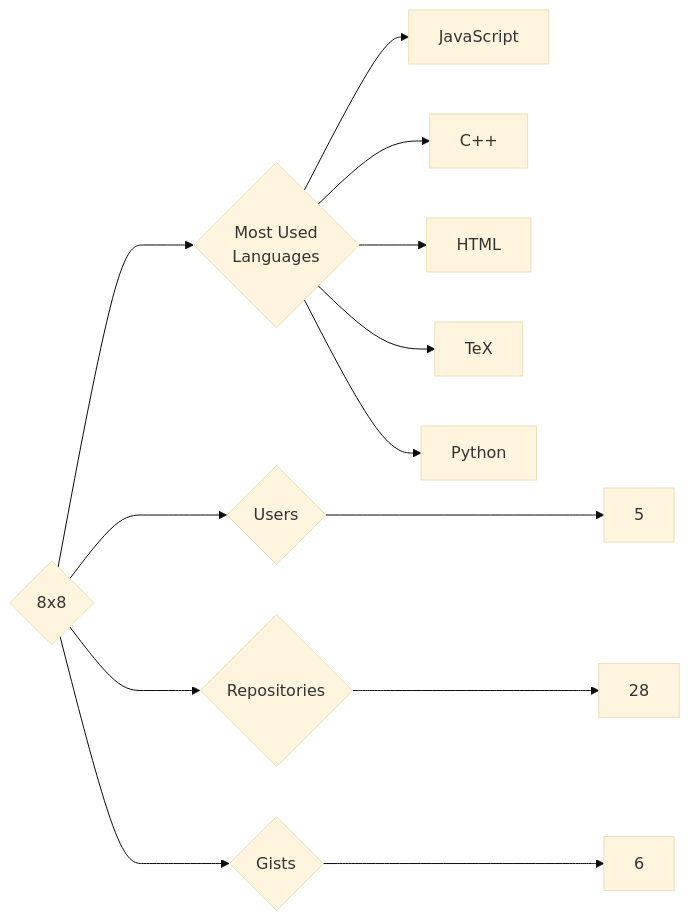
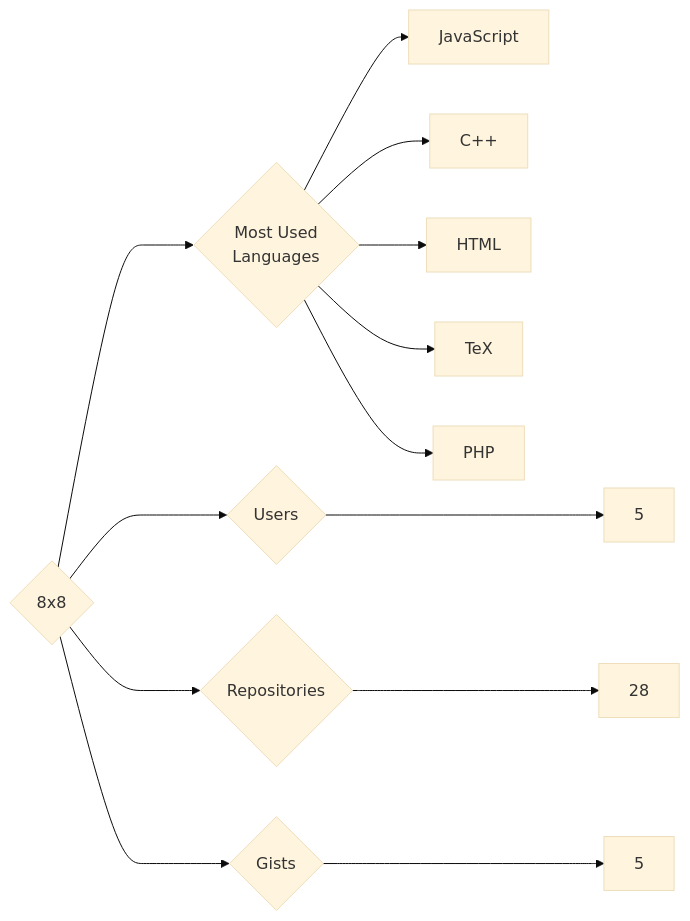
Before and after one commit to trickest/insiders: the diagram in targets/8x8/README.md, drawn with Mermaid (base theme). The commit also changed 559 other files, not shown here.

````diff
--- a/targets/8x8/README.md
+++ b/targets/8x8/README.md
@@ -3,13 +3,13 @@
 ```mermaid
 graph LR
 COMPANY_NAME{8x8}
 COMPANY_NAME ---> U{Users} ---> UN[5]
 COMPANY_NAME ---> R{Repositories} ---> RN[28]
-COMPANY_NAME ---> G{Gists} ---> GN[6]
+COMPANY_NAME ---> G{Gists} ---> GN[5]
 COMPANY_NAME ---> ML{Most Used<br>Languages}
 ML --> JavaScript[JavaScript]
 ML --> C++[C++]
 ML --> HTML[HTML]
 ML --> TeX[TeX]
-ML --> Python[Python]
+ML --> PHP[PHP]
 ```
````
